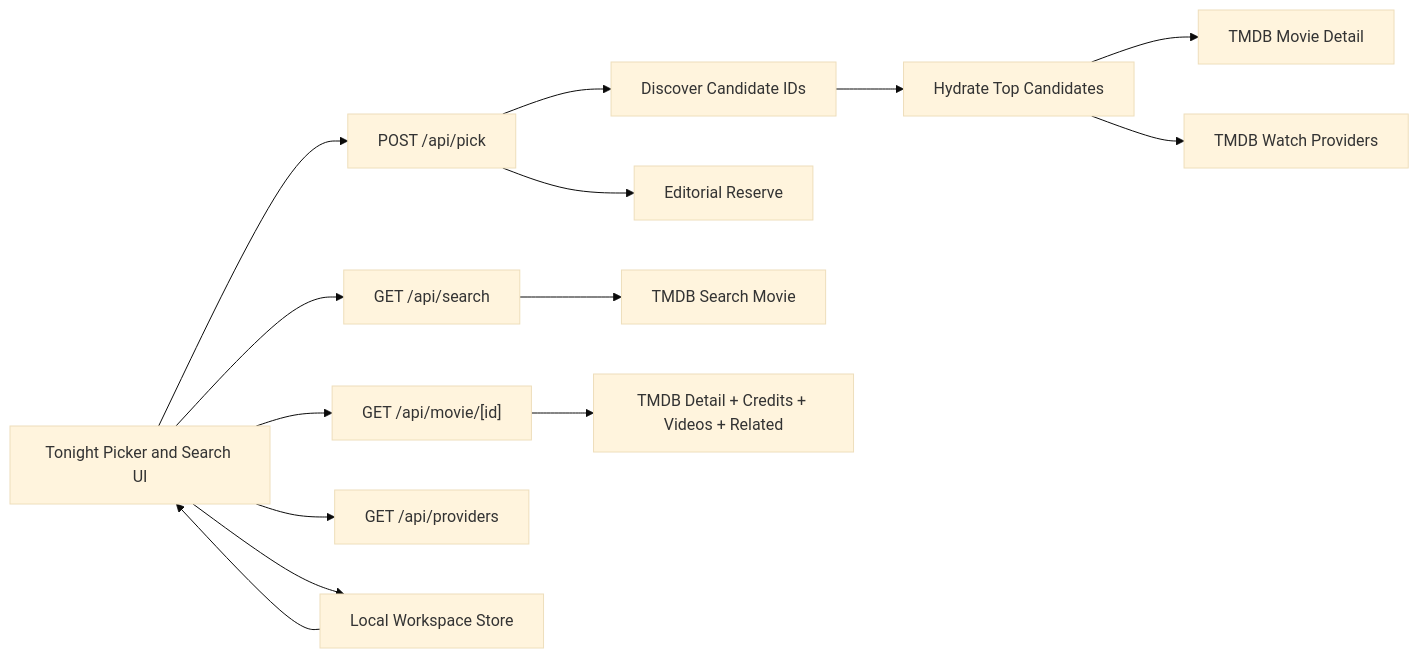
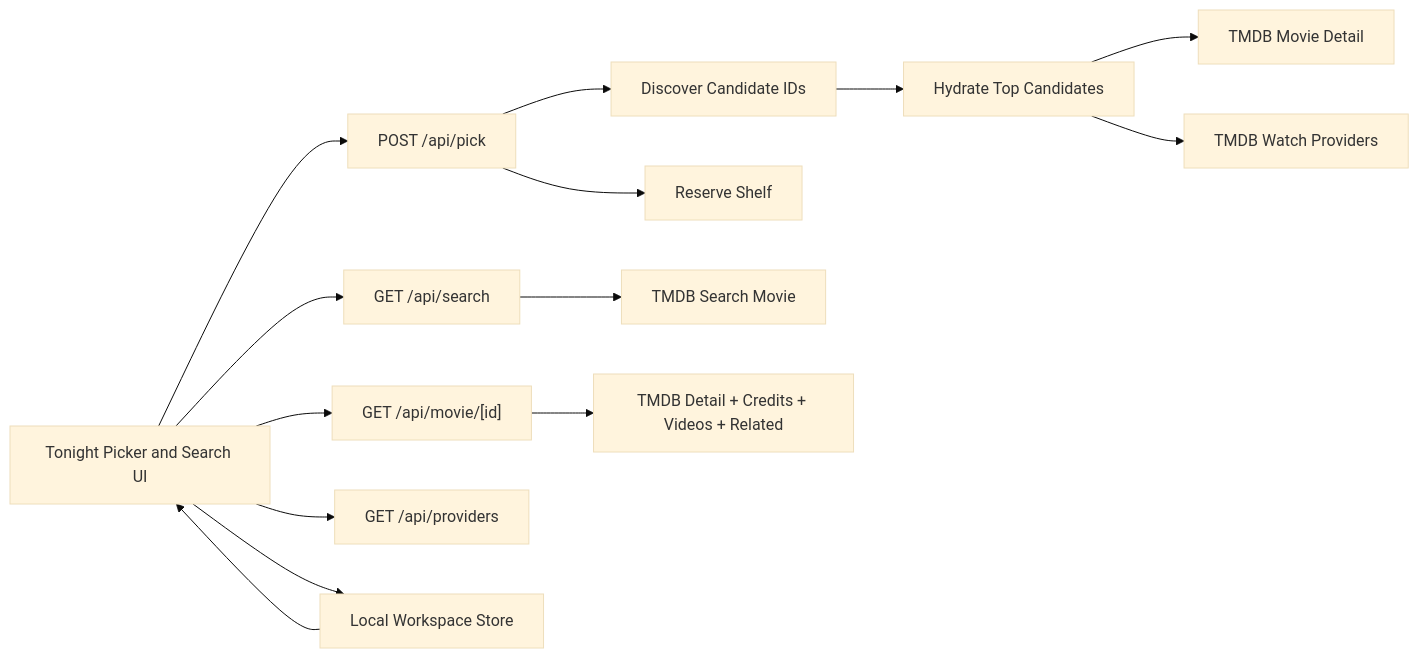
Before and after one commit to AibSyed/film-forage: the diagram in docs/architecture.md, drawn with Mermaid (base theme). The commit also changed other lines of this file and 17 other files, not shown here.

Commit message:
Polish Film Forage reserve mode and workspace flows (#33)

````diff
--- a/docs/architecture.md
+++ b/docs/architecture.md
@@ -10,16 +10,16 @@
 ```mermaid
 flowchart LR
   UI["Tonight Picker and Search UI"] --> PICK["POST /api/pick"]
   UI --> SEARCH["GET /api/search"]
   UI --> MOVIE["GET /api/movie/[id]"]
   UI --> PROVIDERS["GET /api/providers"]
   PICK --> DISC["Discover Candidate IDs"]
   DISC --> HYDRATE["Hydrate Top Candidates"]
   HYDRATE --> TMDB1["TMDB Movie Detail"]
   HYDRATE --> TMDB2["TMDB Watch Providers"]
   SEARCH --> TMDB3["TMDB Search Movie"]
   MOVIE --> TMDB4["TMDB Detail + Credits + Videos + Related"]
-  PICK --> RES["Editorial Reserve"]
+  PICK --> RES["Reserve Shelf"]
   UI --> WS["Local Workspace Store"]
   WS --> UI
 ```
````
